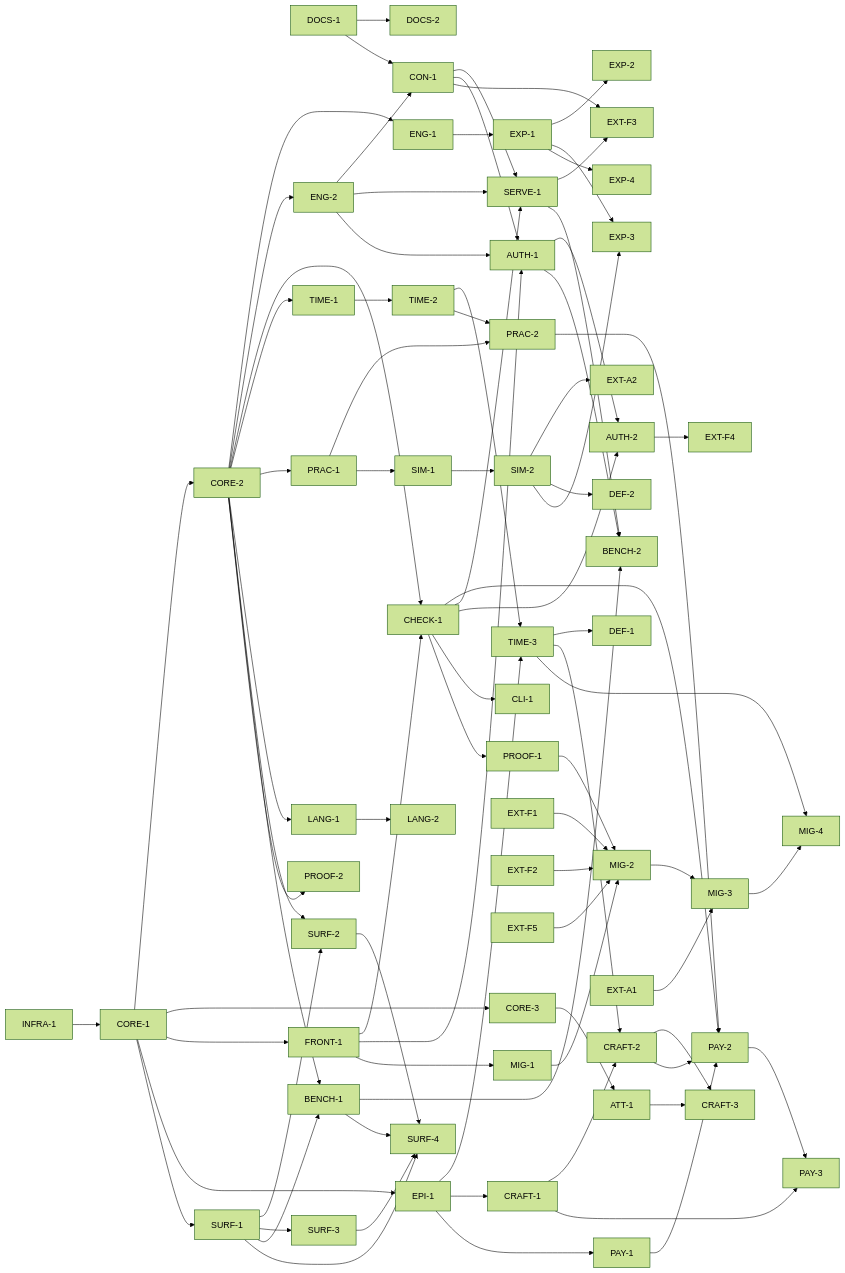
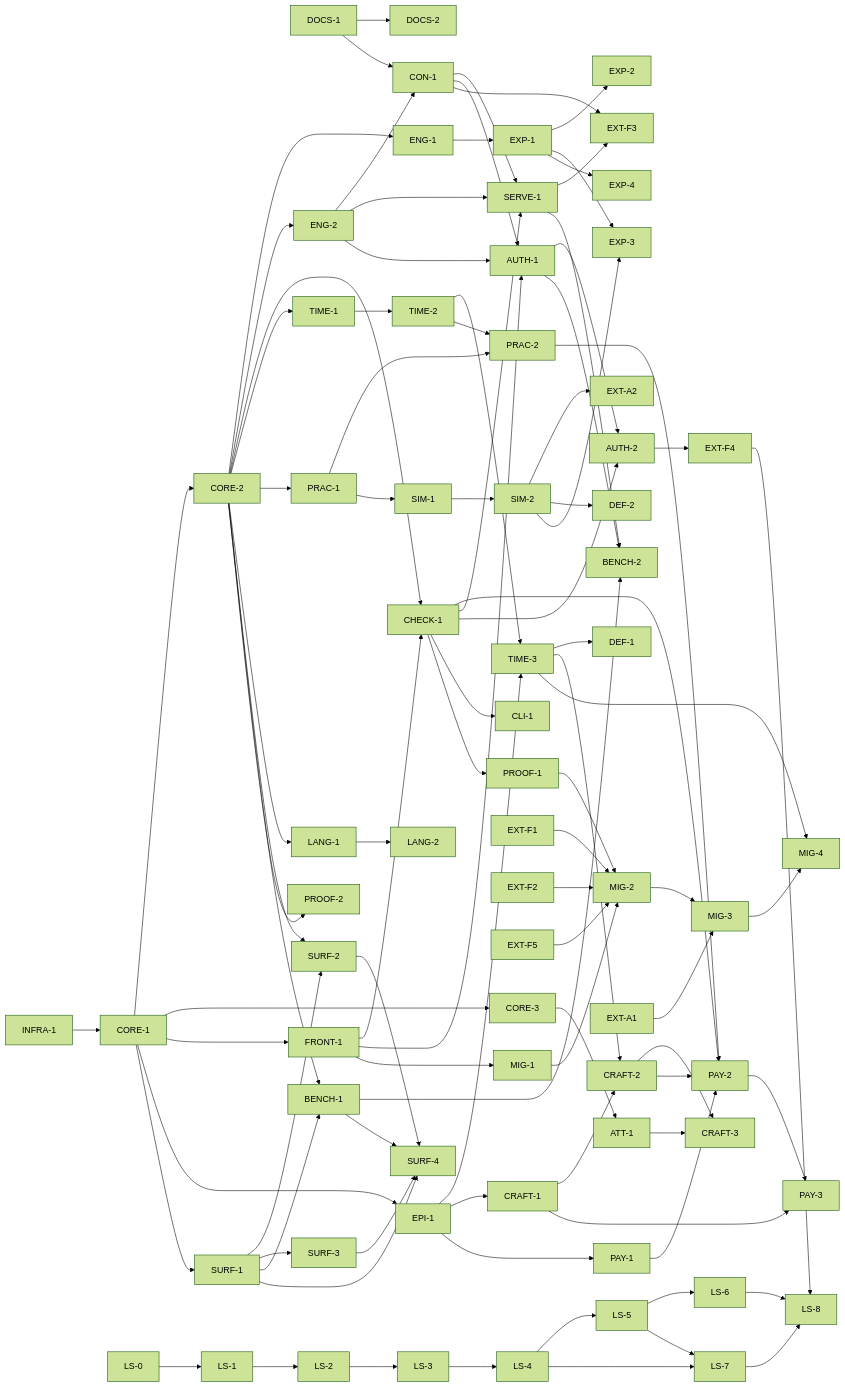
Before and after one commit to jeffreykentjr/deloreis: the diagram in docs/PLAN.md, drawn with Mermaid (forest theme). The commit also changed other lines of this file and 5 other files, not shown here.

Commit message:
docs: point PLAN, laws, and the lorestore notes at the DL-0041 roadmap (store lane, LS-0 done)

````diff
--- a/docs/PLAN.md
+++ b/docs/PLAN.md
@@ -508,4 +573,16 @@
   EXT-A1 --> MIG-3
   MIG-3 --> MIG-4
   TIME-3 --> MIG-4
+
+  LS-0 --> LS-1
+  LS-1 --> LS-2
+  LS-2 --> LS-3
+  LS-3 --> LS-4
+  LS-4 --> LS-5
+  LS-5 --> LS-6
+  LS-4 --> LS-7
+  LS-5 --> LS-7
+  LS-6 --> LS-8
+  LS-7 --> LS-8
+  EXT-F4 --> LS-8
 ```
````
